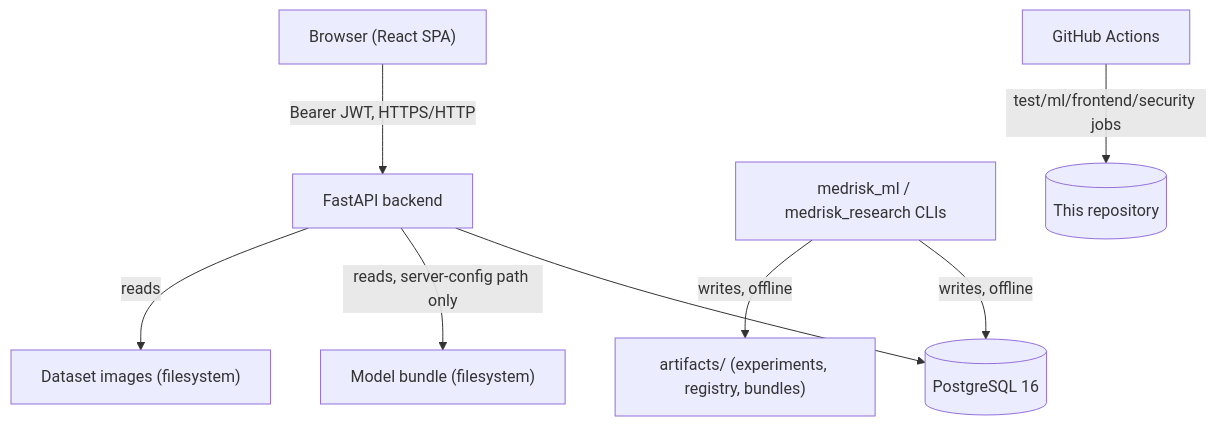
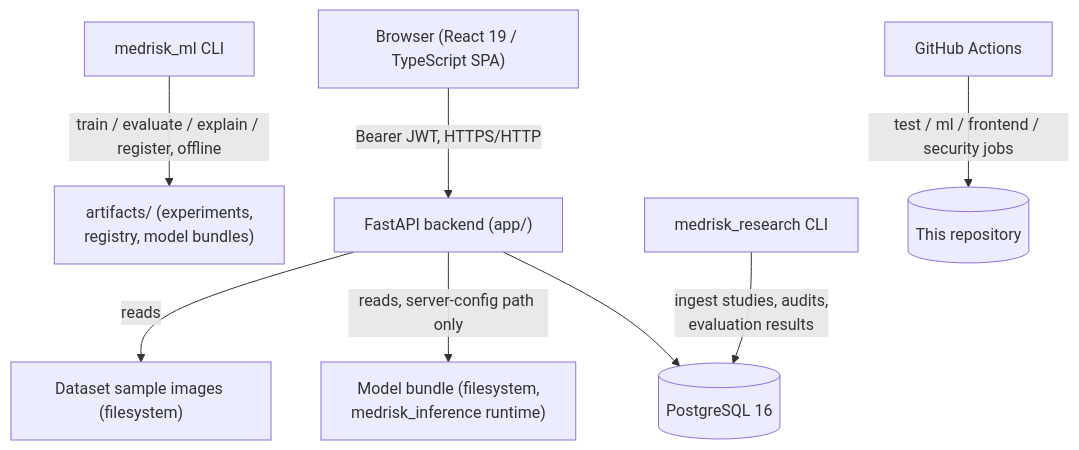
The first of 3 diagrams in docs/PORTFOLIO_CASE_STUDY.md (gigix119/medrisk-ai), drawn with Mermaid before and after one commit. The commit also changed other lines of this file and 21 other files, not shown here.

````diff
--- a/docs/PORTFOLIO_CASE_STUDY.md
+++ b/docs/PORTFOLIO_CASE_STUDY.md
@@ -65,10 +75,10 @@
 ```mermaid
 graph TD
-    Browser["Browser (React SPA)"] -->|Bearer JWT, HTTPS/HTTP| API["FastAPI backend"]
+    Browser["Browser (React 19 / TypeScript SPA)"] -->|Bearer JWT, HTTPS/HTTP| API["FastAPI backend (app/)"]
     API --> DB[(PostgreSQL 16)]
-    API -->|reads, server-config path only| Model["Model bundle (filesystem)"]
-    API -->|reads| Datasets["Dataset images (filesystem)"]
-    CLI["medrisk_ml / medrisk_research CLIs"] -->|writes, offline| DB
-    CLI -->|writes, offline| Artifacts["artifacts/ (experiments, registry, bundles)"]
-    CI["GitHub Actions"] -->|test/ml/frontend/security jobs| Repo[(This repository)]
+    API -->|reads, server-config path only| Model["Model bundle (filesystem,\nmedrisk_inference runtime)"]
+    API -->|reads| Datasets["Dataset sample images (filesystem)"]
+    MLCli["medrisk_ml CLI"] -->|train / evaluate / explain / register, offline| Artifacts["artifacts/ (experiments,\nregistry, model bundles)"]
+    ResearchCli["medrisk_research CLI"] -->|ingest studies, audits,\nevaluation results| DB
+    CI["GitHub Actions"] -->|test / ml / frontend / security jobs| Repo[(This repository)]
 ```
````
